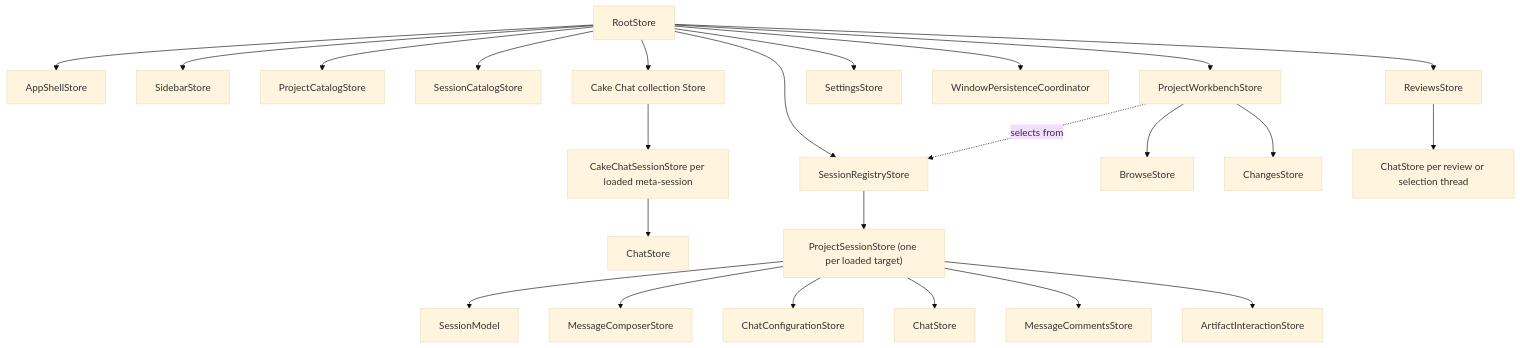
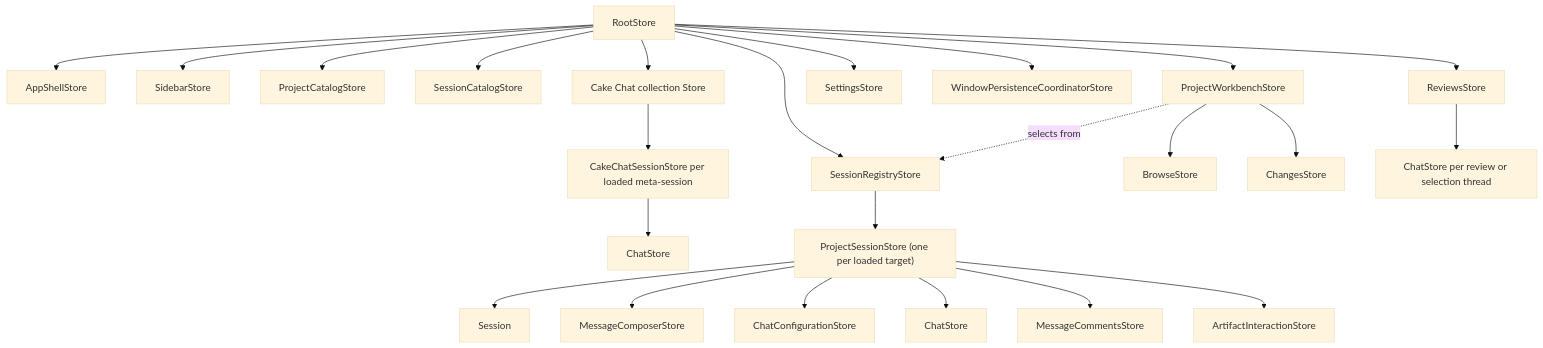
Before and after one commit to melnikov-s/cake: the diagram in docs/architecture/cake-architecture.md, drawn with Mermaid (base theme). The commit also changed other lines of this file and 52 other files, not shown here.

````diff
--- a/docs/architecture/cake-architecture.md
+++ b/docs/architecture/cake-architecture.md
@@ -228,26 +228,26 @@
 ```mermaid
 flowchart TD
   Root["RootStore"] --> Shell["AppShellStore"]
   Root --> Sidebar["SidebarStore"]
   Root --> Projects["ProjectCatalogStore"]
   Root --> Catalog["SessionCatalogStore"]
   Root --> Registry["SessionRegistryStore"]
   Root --> Workbench["ProjectWorkbenchStore"]
   Root --> CakeChat["Cake Chat collection Store"]
   CakeChat --> CakeSession["CakeChatSessionStore per loaded meta-session"]
   CakeSession --> MetaChat["ChatStore"]
   Root --> Settings["SettingsStore"]
-  Root --> Persistence["WindowPersistenceCoordinator"]
+  Root --> Persistence["WindowPersistenceCoordinatorStore"]
   Workbench -. selects from .-> Registry
   Workbench --> Browse["BrowseStore"]
   Workbench --> Changes["ChangesStore"]
   Registry --> Session["ProjectSessionStore (one per loaded target)"]
-  Session --> Model["SessionModel"]
+  Session --> Model["Session"]
   Session --> Composer["MessageComposerStore"]
   Session --> Config["ChatConfigurationStore"]
   Session --> Chat["ChatStore"]
   Session --> Comments["MessageCommentsStore"]
   Session --> Artifacts["ArtifactInteractionStore"]
   Root --> Reviews["ReviewsStore"]
   Reviews --> ThreadChats["ChatStore per review or selection thread"]
 ```
````
